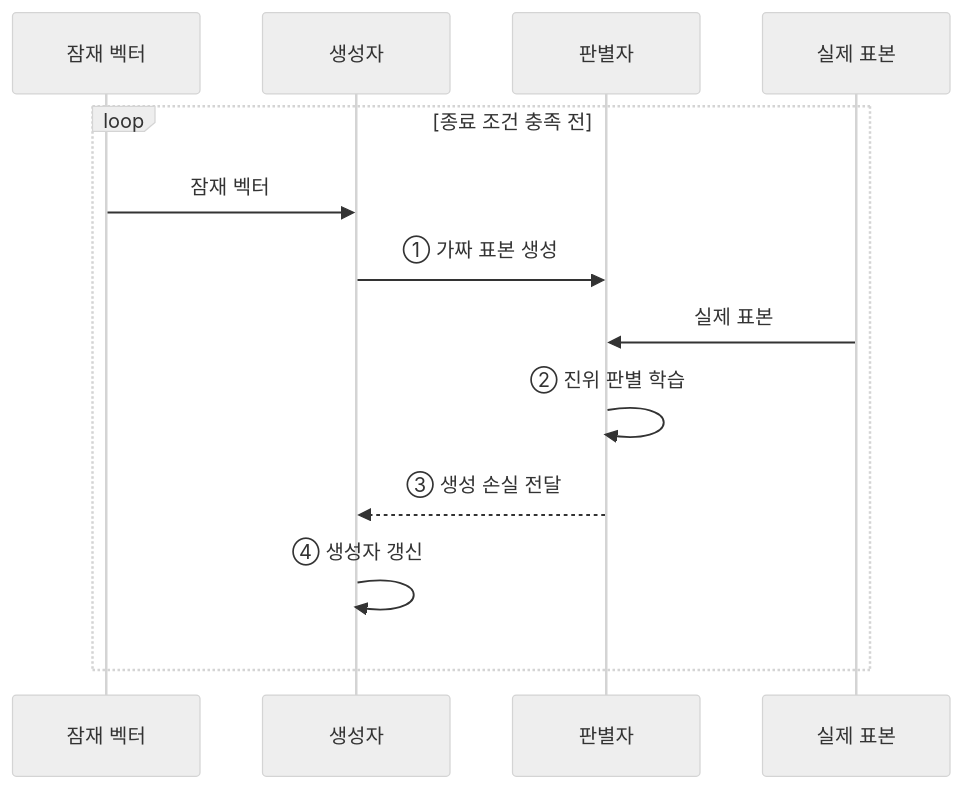
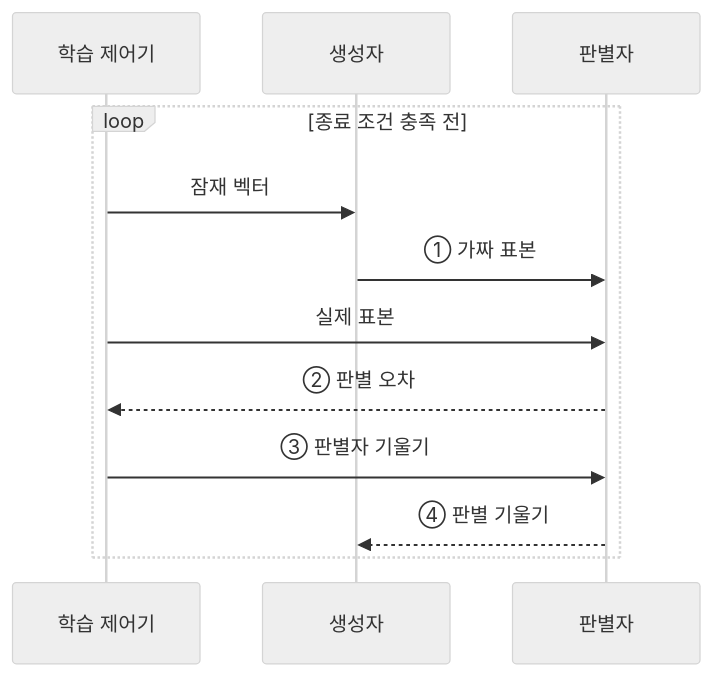
The second of 2 diagrams in src/content/docs/notes/01-basic-theory/046_gan.md (agnusdei1207/knowledge-base), drawn with Mermaid (neutral theme) before and after one commit. The commit also changed other lines of this file and 10 other files, not shown here.

````diff
--- a/src/content/docs/notes/01-basic-theory/046_gan.md
+++ b/src/content/docs/notes/01-basic-theory/046_gan.md
@@ -103,15 +83,14 @@
 ```mermaid
 sequenceDiagram
-    participant Z as 잠재 벡터
+    participant T as 학습 제어기
     participant G as 생성자
     participant D as 판별자
-    participant X as 실제 표본
     loop 종료 조건 충족 전
-        Z->>G: 잠재 벡터
-        G->>D: ① 가짜 표본 생성
-        X->>D: 실제 표본
-        D->>D: ② 진위 판별 학습
-        D-->>G: ③ 생성 손실 전달
-        G->>G: ④ 생성자 갱신
+        T->>G: 잠재 벡터
+        G->>D: ① 가짜 표본
+        T->>D: 실제 표본
+        D-->>T: ② 판별 오차
+        T->>D: ③ 판별자 기울기
+        D-->>G: ④ 판별 기울기
     end
 ```
````
